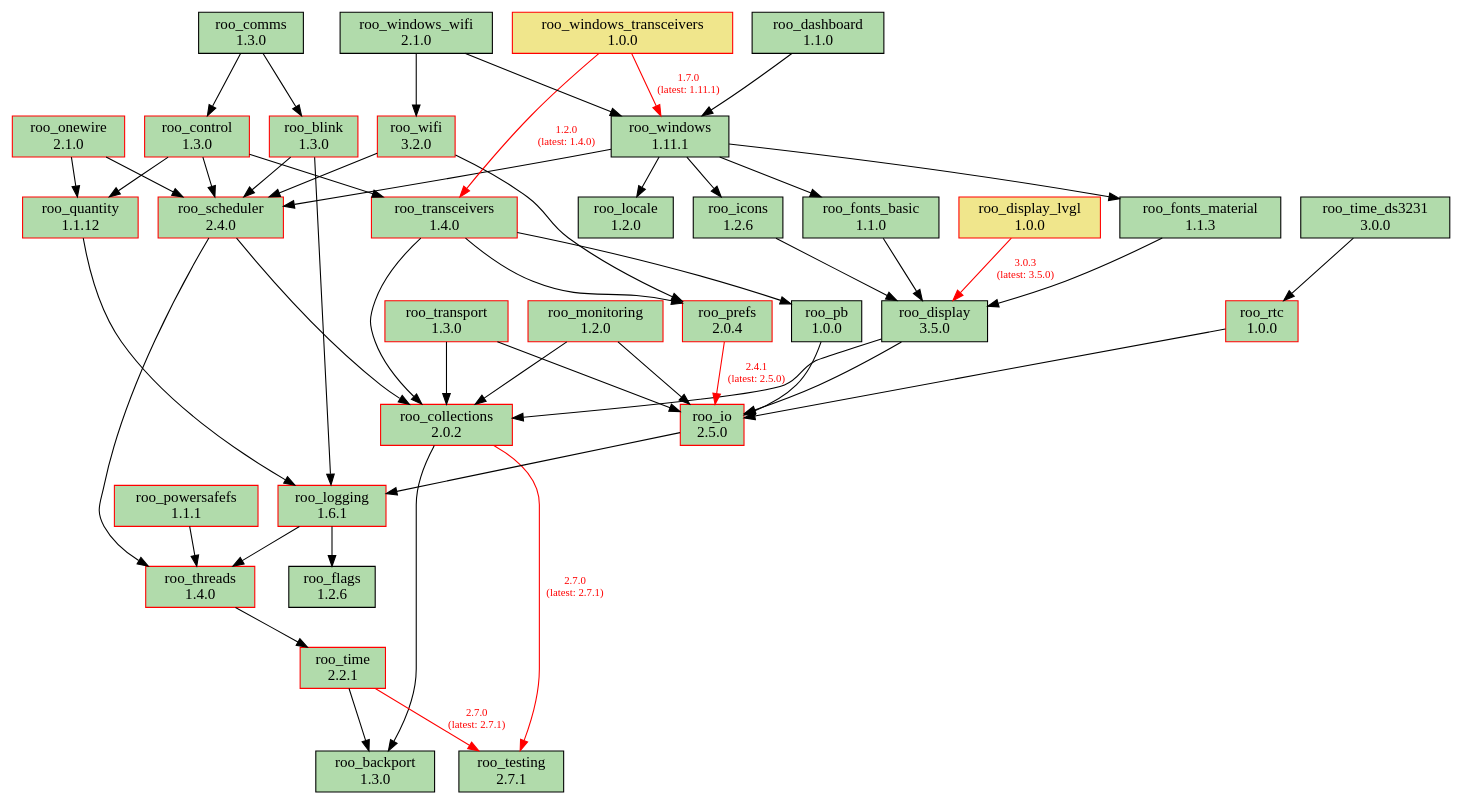
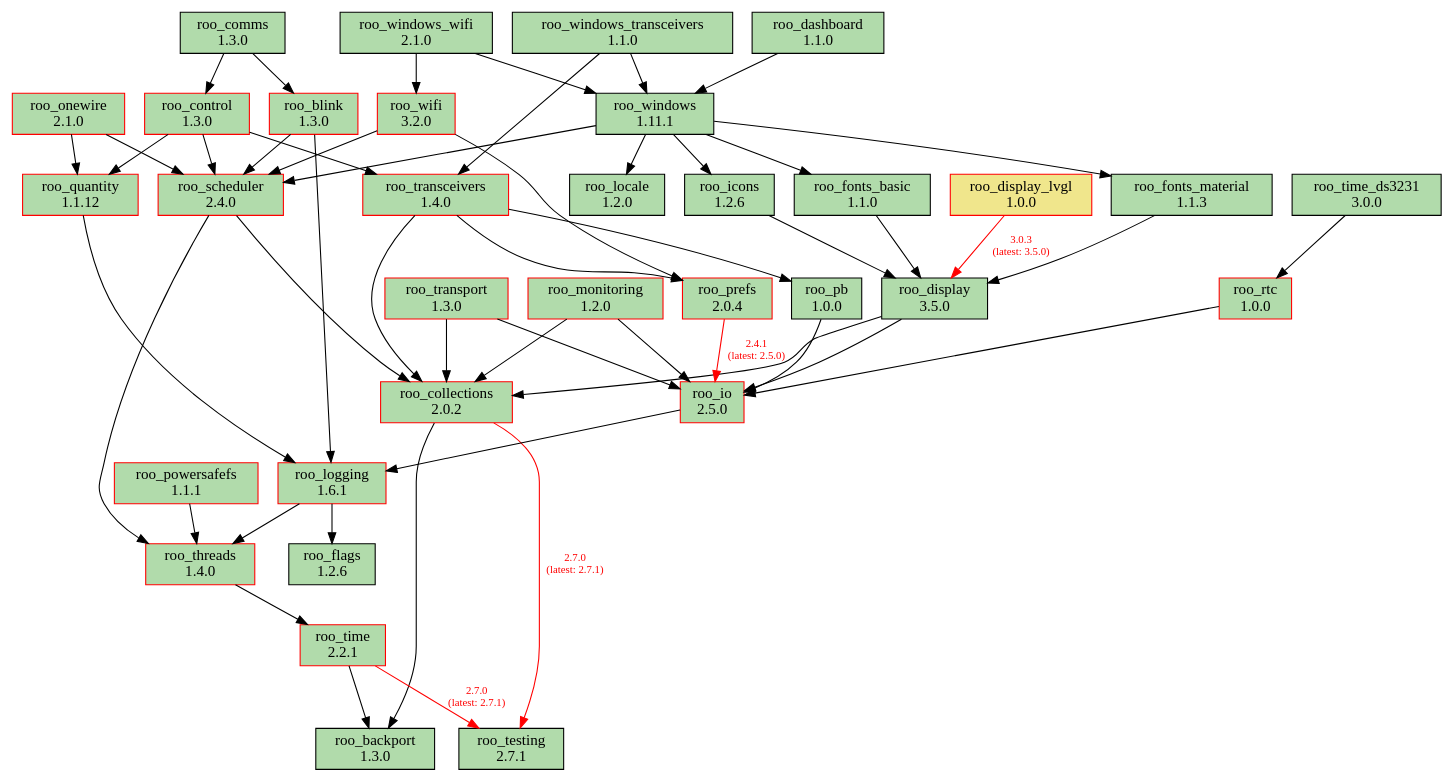
The diagram in doc/dependencies.dot (dejwk/roo-registry), drawn with Graphviz before and after one commit. The commit also changed 3 other files, not shown here.

Commit message:
Added roo_windows_transceivers 1.1.0 to the registry.

```diff
--- a/doc/dependencies.dot
+++ b/doc/dependencies.dot
@@ -1,92 +1,92 @@
 digraph dependencies {
     rankdir=TB;
     node [shape=box, style=filled];
     edge [fontsize=10];
 
     // Modules
     "roo_backport" [label="roo_backport\n1.3.0", fillcolor="#b1dbab", color="black"];
     "roo_blink" [label="roo_blink\n1.3.0", fillcolor="#b1dbab", color="red"];
     "roo_collections" [label="roo_collections\n2.0.2", fillcolor="#b1dbab", color="red"];
     "roo_comms" [label="roo_comms\n1.3.0", fillcolor="#b1dbab", color="black"];
     "roo_control" [label="roo_control\n1.3.0", fillcolor="#b1dbab", color="red"];
     "roo_dashboard" [label="roo_dashboard\n1.1.0", fillcolor="#b1dbab", color="black"];
     "roo_display" [label="roo_display\n3.5.0", fillcolor="#b1dbab", color="black"];
     "roo_display_lvgl" [label="roo_display_lvgl\n1.0.0", fillcolor="khaki", color="red"];
     "roo_flags" [label="roo_flags\n1.2.6", fillcolor="#b1dbab", color="black"];
     "roo_fonts_basic" [label="roo_fonts_basic\n1.1.0", fillcolor="#b1dbab", color="black"];
     "roo_fonts_material" [label="roo_fonts_material\n1.1.3", fillcolor="#b1dbab", color="black"];
     "roo_icons" [label="roo_icons\n1.2.6", fillcolor="#b1dbab", color="black"];
     "roo_io" [label="roo_io\n2.5.0", fillcolor="#b1dbab", color="red"];
     "roo_locale" [label="roo_locale\n1.2.0", fillcolor="#b1dbab", color="black"];
     "roo_logging" [label="roo_logging\n1.6.1", fillcolor="#b1dbab", color="red"];
     "roo_monitoring" [label="roo_monitoring\n1.2.0", fillcolor="#b1dbab", color="red"];
     "roo_onewire" [label="roo_onewire\n2.1.0", fillcolor="#b1dbab", color="red"];
     "roo_pb" [label="roo_pb\n1.0.0", fillcolor="#b1dbab", color="black"];
     "roo_powersafefs" [label="roo_powersafefs\n1.1.1", fillcolor="#b1dbab", color="red"];
     "roo_prefs" [label="roo_prefs\n2.0.4", fillcolor="#b1dbab", color="red"];
     "roo_quantity" [label="roo_quantity\n1.1.12", fillcolor="#b1dbab", color="red"];
     "roo_rtc" [label="roo_rtc\n1.0.0", fillcolor="#b1dbab", color="red"];
     "roo_scheduler" [label="roo_scheduler\n2.4.0", fillcolor="#b1dbab", color="red"];
     "roo_testing" [label="roo_testing\n2.7.1", fillcolor="#b1dbab", color="black"];
     "roo_threads" [label="roo_threads\n1.4.0", fillcolor="#b1dbab", color="red"];
     "roo_time" [label="roo_time\n2.2.1", fillcolor="#b1dbab", color="red"];
     "roo_time_ds3231" [label="roo_time_ds3231\n3.0.0", fillcolor="#b1dbab", color="black"];
     "roo_transceivers" [label="roo_transceivers\n1.4.0", fillcolor="#b1dbab", color="red"];
     "roo_transport" [label="roo_transport\n1.3.0", fillcolor="#b1dbab", color="red"];
     "roo_wifi" [label="roo_wifi\n3.2.0", fillcolor="#b1dbab", color="red"];
     "roo_windows" [label="roo_windows\n1.11.1", fillcolor="#b1dbab", color="black"];
-    "roo_windows_transceivers" [label="roo_windows_transceivers\n1.0.0", fillcolor="khaki", color="red"];
+    "roo_windows_transceivers" [label="roo_windows_transceivers\n1.1.0", fillcolor="#b1dbab", color="black"];
     "roo_windows_wifi" [label="roo_windows_wifi\n2.1.0", fillcolor="#b1dbab", color="black"];
 
     // Dependencies
     "roo_blink" -> "roo_logging";
     "roo_blink" -> "roo_scheduler";
     "roo_collections" -> "roo_testing" [color=red, fontcolor=red, label="2.7.0\n(latest: 2.7.1)"];
     "roo_collections" -> "roo_backport";
     "roo_comms" -> "roo_blink";
     "roo_comms" -> "roo_control";
     "roo_control" -> "roo_quantity";
     "roo_control" -> "roo_scheduler";
     "roo_control" -> "roo_transceivers";
     "roo_dashboard" -> "roo_windows";
     "roo_display" -> "roo_collections";
     "roo_display" -> "roo_io";
     "roo_display_lvgl" -> "roo_display" [color=red, fontcolor=red, label="3.0.3\n(latest: 3.5.0)"];
     "roo_fonts_basic" -> "roo_display";
     "roo_fonts_material" -> "roo_display";
     "roo_icons" -> "roo_display";
     "roo_io" -> "roo_logging";
     "roo_logging" -> "roo_flags";
     "roo_logging" -> "roo_threads";
     "roo_monitoring" -> "roo_collections";
     "roo_monitoring" -> "roo_io";
     "roo_onewire" -> "roo_scheduler";
     "roo_onewire" -> "roo_quantity";
     "roo_pb" -> "roo_io";
     "roo_powersafefs" -> "roo_threads";
     "roo_prefs" -> "roo_io" [color=red, fontcolor=red, label="2.4.1\n(latest: 2.5.0)"];
     "roo_quantity" -> "roo_logging";
     "roo_rtc" -> "roo_io";
     "roo_scheduler" -> "roo_collections";
     "roo_scheduler" -> "roo_threads";
     "roo_threads" -> "roo_time";
     "roo_time" -> "roo_testing" [color=red, fontcolor=red, label="2.7.0\n(latest: 2.7.1)"];
     "roo_time" -> "roo_backport";
     "roo_time_ds3231" -> "roo_rtc";
     "roo_transceivers" -> "roo_pb";
     "roo_transceivers" -> "roo_collections";
     "roo_transceivers" -> "roo_prefs";
     "roo_transport" -> "roo_collections";
     "roo_transport" -> "roo_io";
     "roo_wifi" -> "roo_prefs";
     "roo_wifi" -> "roo_scheduler";
     "roo_windows" -> "roo_fonts_basic";
     "roo_windows" -> "roo_fonts_material";
     "roo_windows" -> "roo_locale";
     "roo_windows" -> "roo_icons";
     "roo_windows" -> "roo_scheduler";
-    "roo_windows_transceivers" -> "roo_transceivers" [color=red, fontcolor=red, label="1.2.0\n(latest: 1.4.0)"];
-    "roo_windows_transceivers" -> "roo_windows" [color=red, fontcolor=red, label="1.7.0\n(latest: 1.11.1)"];
+    "roo_windows_transceivers" -> "roo_transceivers";
+    "roo_windows_transceivers" -> "roo_windows";
     "roo_windows_wifi" -> "roo_wifi";
     "roo_windows_wifi" -> "roo_windows";
 }
```
